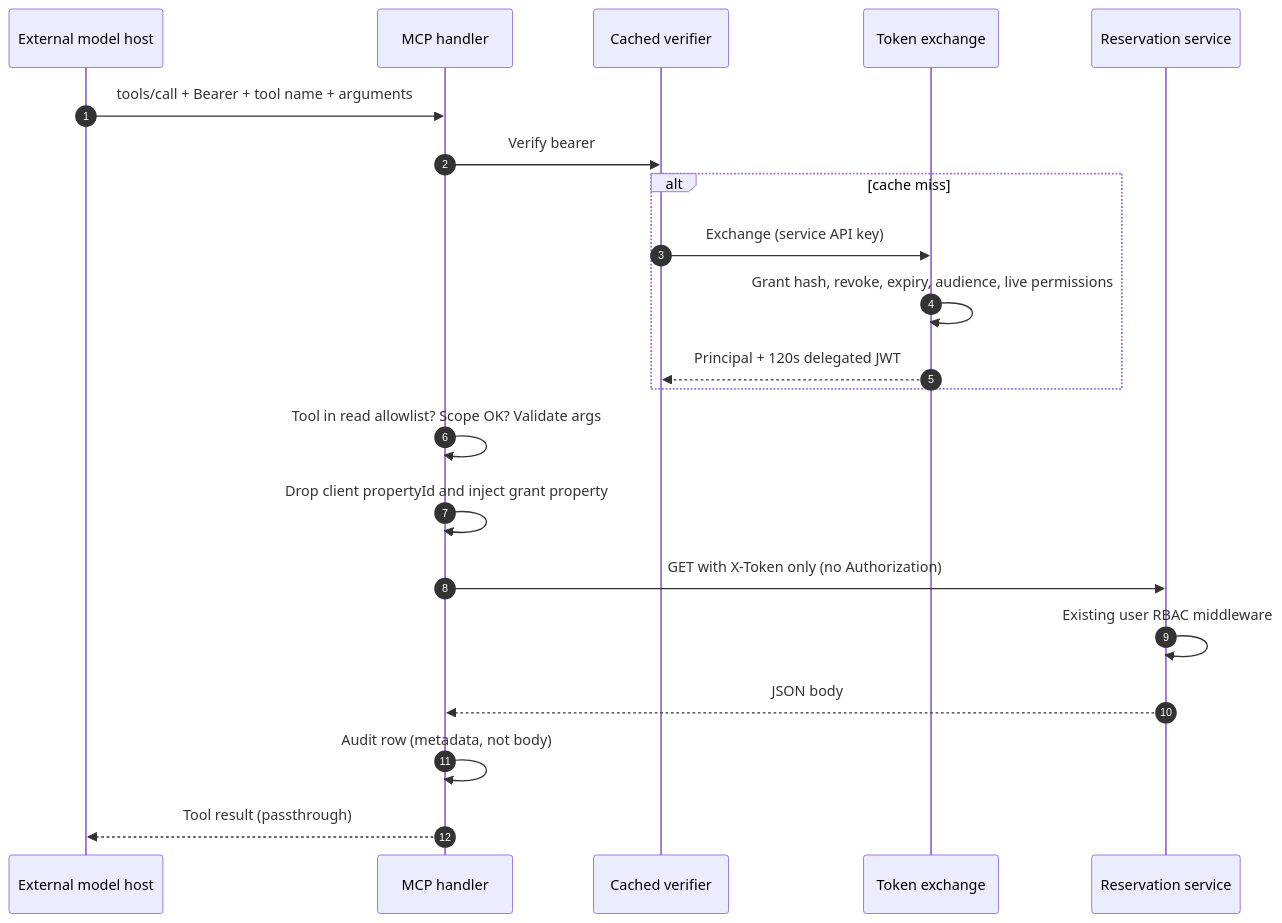
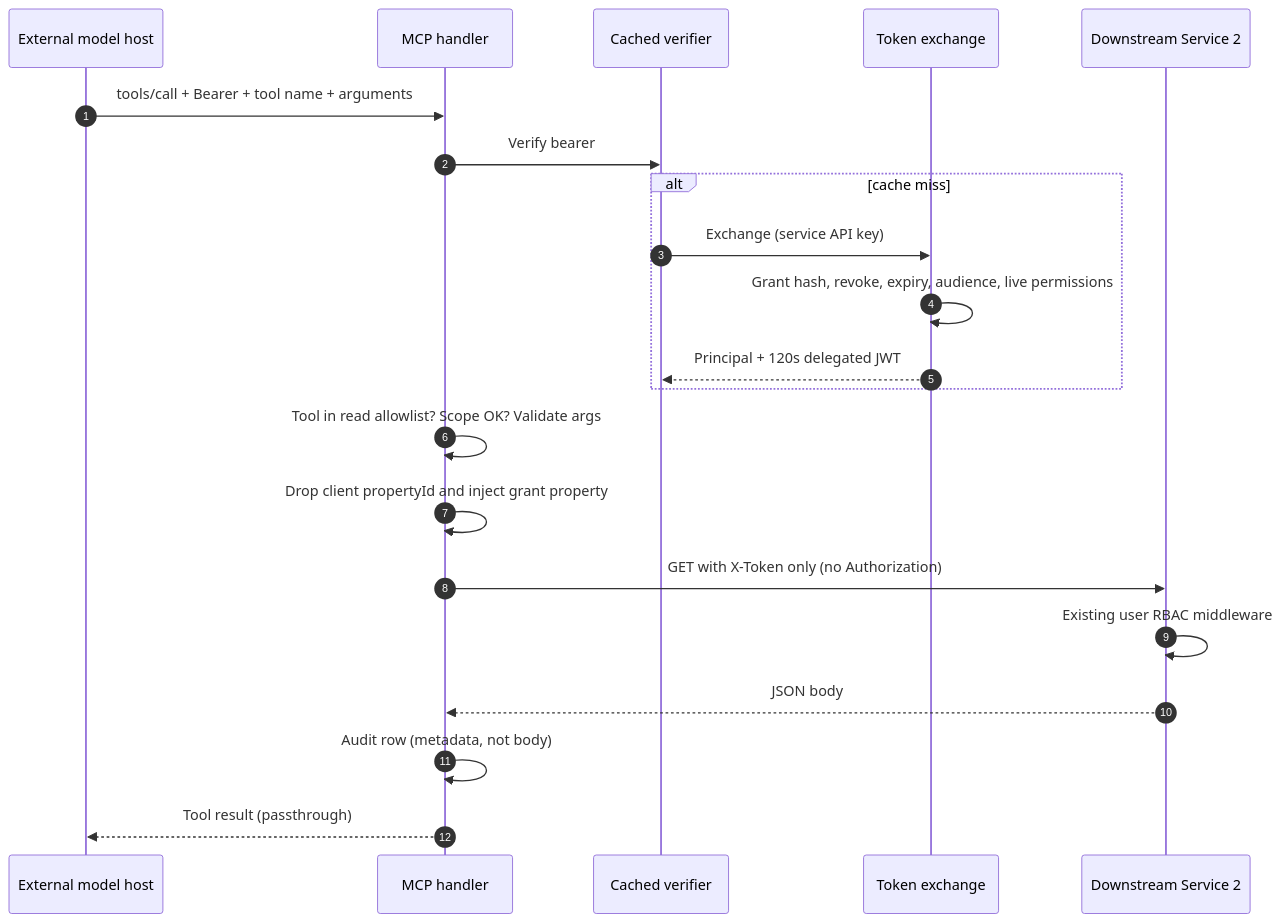
The fifth of 10 diagrams in content/blog/hotel-pms-mcp-tool-server.mdx (sahsisunny/Personal-Portfolio), drawn with Mermaid before and after one commit. The commit also changed other lines of this file and 5 other files, not shown here.

Commit message:
refactor(content): anonymize internal service names to Service 1/2/3 and fix sequence diagram syntax

````diff
--- a/content/blog/hotel-pms-mcp-tool-server.mdx
+++ b/content/blog/hotel-pms-mcp-tool-server.mdx
@@ -178,24 +178,24 @@
 ```mermaid
 sequenceDiagram
   autonumber
   participant Client as External model host
   participant MCP as MCP handler
   participant Verifier as Cached verifier
   participant Auth as Token exchange
-  participant API as Reservation service
+  participant API as Downstream Service 2
 
   Client->>MCP: tools/call + Bearer + tool name + arguments
   MCP->>Verifier: Verify bearer
   alt cache miss
     Verifier->>Auth: Exchange (service API key)
     Auth->>Auth: Grant hash, revoke, expiry, audience, live permissions
     Auth-->>Verifier: Principal + 120s delegated JWT
   end
   MCP->>MCP: Tool in read allowlist? Scope OK? Validate args
   MCP->>MCP: Drop client propertyId and inject grant property
   MCP->>API: GET with X-Token only (no Authorization)
   API->>API: Existing user RBAC middleware
   API-->>MCP: JSON body
   MCP->>MCP: Audit row (metadata, not body)
   MCP-->>Client: Tool result (passthrough)
 ```
````
